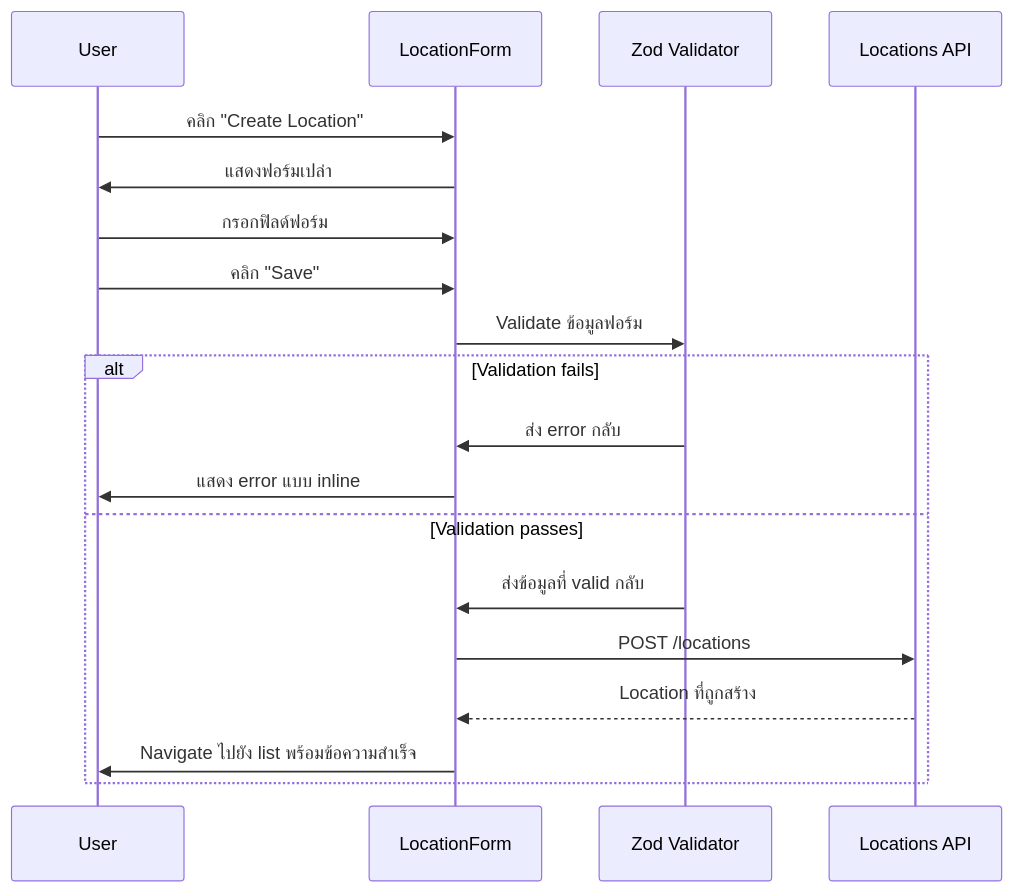
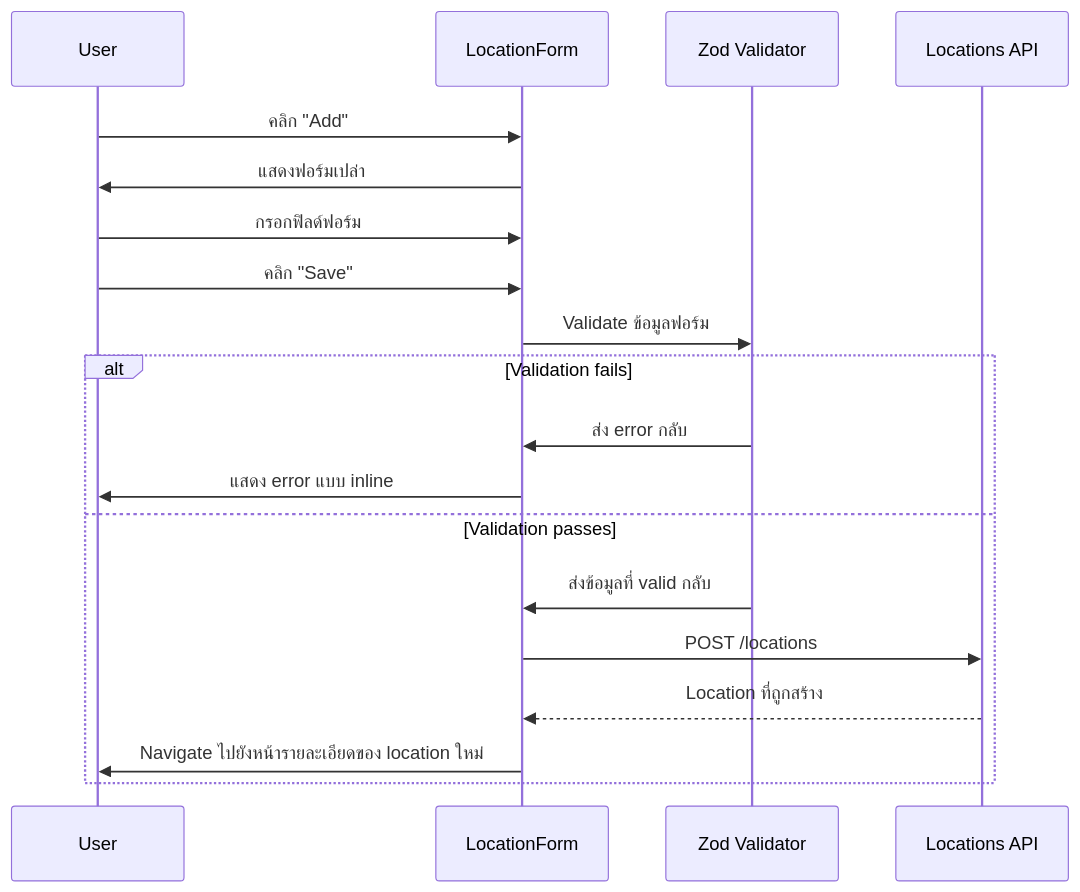
The third of 3 diagrams in th/inventory/master-data/location.md (CarmenSoftware-organization/carmen-wiki), drawn with Mermaid before and after one commit. The commit also changed other lines of this file and 20 other files, not shown here.

Commit message:
fix(product,master-data,recipe): correct 13 diagrams against code, drop disabled-export diagram (review round 1)

````diff
--- a/th/inventory/master-data/location.md
+++ b/th/inventory/master-data/location.md
@@ -75,22 +73,22 @@
 ```mermaid
 sequenceDiagram
     participant U as User
     participant F as LocationForm
     participant V as Zod Validator
     participant API as Locations API
 
-    U->>F: คลิก "Create Location"
+    U->>F: คลิก "Add"
     F->>U: แสดงฟอร์มเปล่า
     U->>F: กรอกฟิลด์ฟอร์ม
     U->>F: คลิก "Save"
     F->>V: Validate ข้อมูลฟอร์ม
     alt Validation fails
         V->>F: ส่ง error กลับ
         F->>U: แสดง error แบบ inline
     else Validation passes
         V->>F: ส่งข้อมูลที่ valid กลับ
         F->>API: POST /locations
         API-->>F: Location ที่ถูกสร้าง
-        F->>U: Navigate ไปยัง list พร้อมข้อความสำเร็จ
+        F->>U: Navigate ไปยังหน้ารายละเอียดของ location ใหม่
     end
 ```
````
